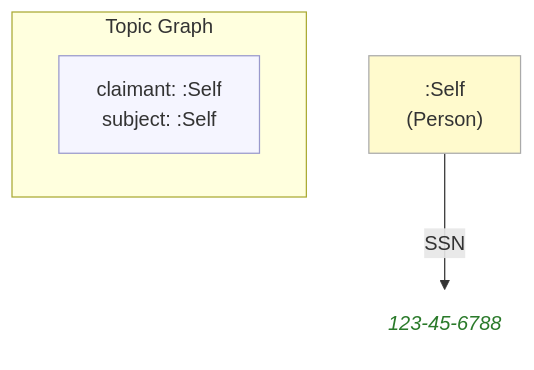
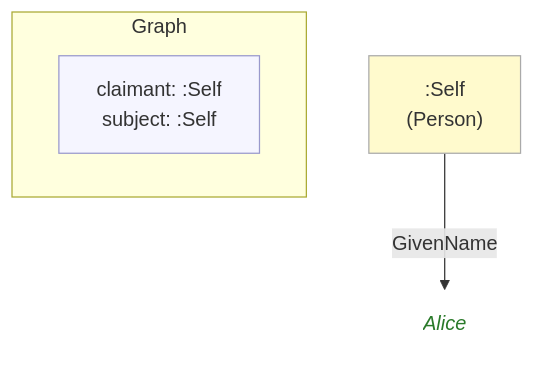
The diagram in example/graphs/images/graph-23.mmd (MeeFoundation/mia-ontologies), drawn with Mermaid before and after one commit. The commit also changed 101 other files, not shown here.

```diff
--- a/example/graphs/images/graph-23.mmd
+++ b/example/graphs/images/graph-23.mmd
@@ -1,16 +1,15 @@
 flowchart TD
     classDef person fill:#fffacd,stroke:#aaa,color:#333
-    classDef grp    fill:#d4edda,stroke:#aaa,color:#333
     classDef org    fill:#cce5ff,stroke:#aaa,color:#333
     classDef lit    fill:none,stroke:none,font-style:italic,color:#2a7a2a
     classDef meta   fill:#f5f5ff,stroke:#9999cc,color:#333
 
-    subgraph ctx["Topic Graph"]
+    subgraph ctx["Graph"]
         direction LR
         ctx_meta["claimant: :Self\nsubject: :Self"]:::meta
     end
 
     ne0c3ba92f1db[":Self\n(Person)"]:::person
-    nede6fcda5342("123-45-6788"):::lit
+    n61aa1fd844a1("Alice"):::lit
 
-    ne0c3ba92f1db -->|"SSN"| nede6fcda5342
+    ne0c3ba92f1db -->|"GivenName"| n61aa1fd844a1
```
